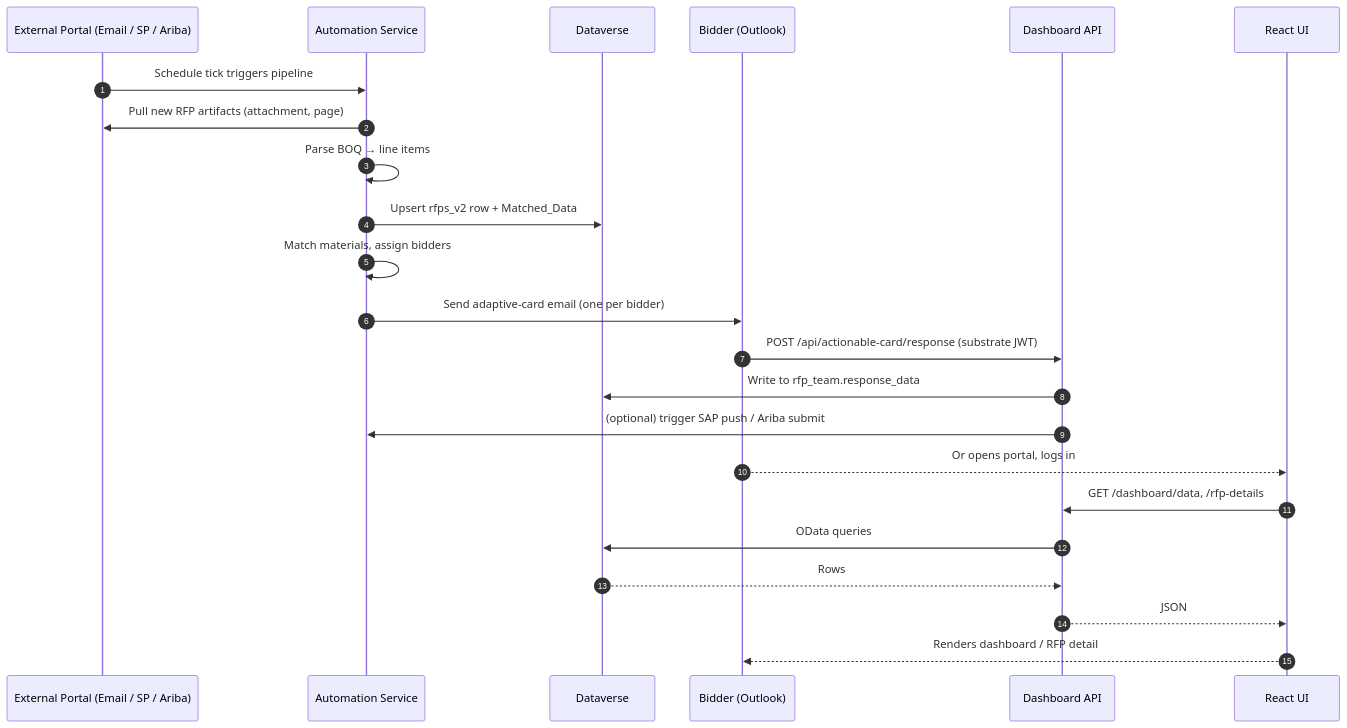
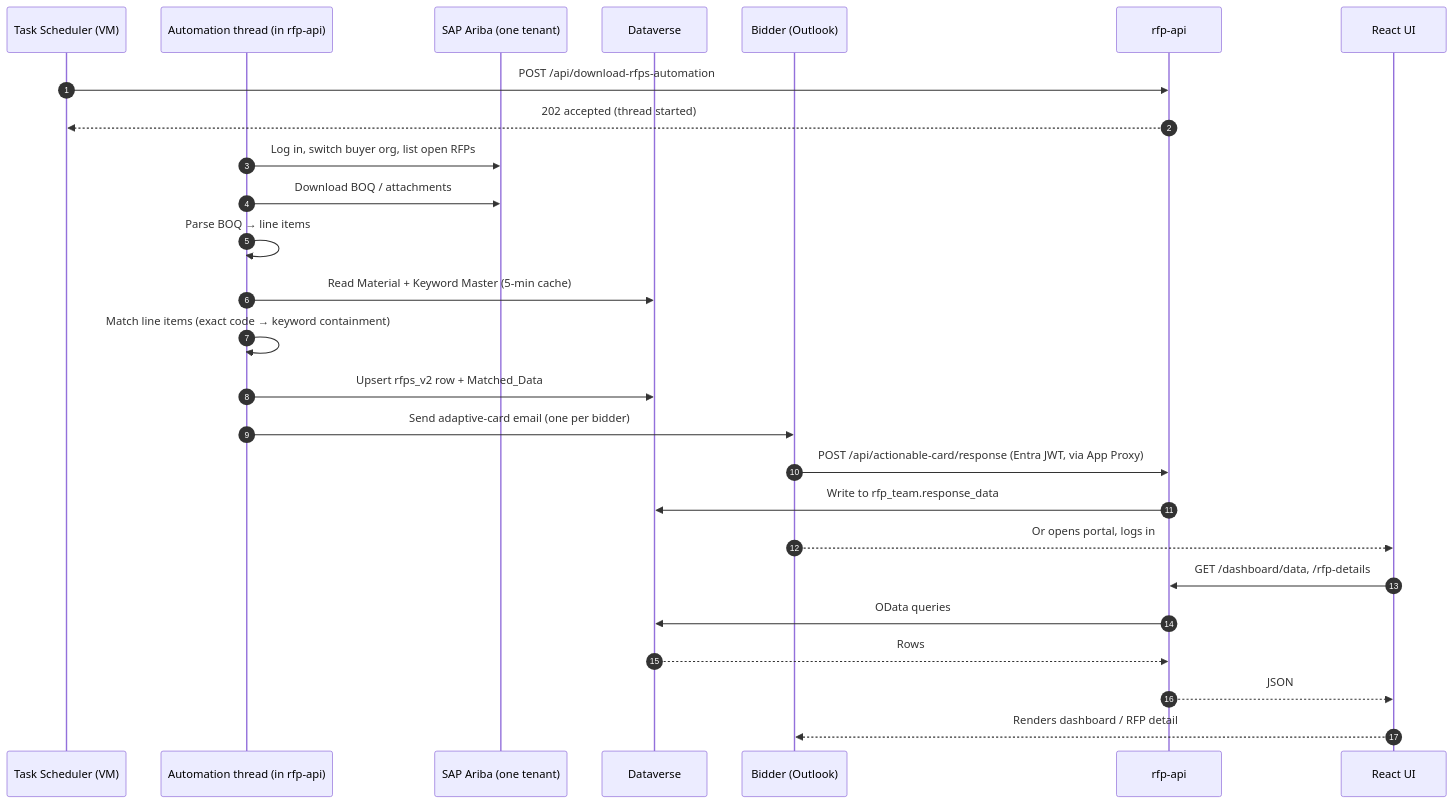
The first of 8 diagrams in docs/02-architecture/05-HLD-High-Level-Design.md (ManishDyna/RFP-Automation), drawn with Mermaid before and after one commit. The commit also changed other lines of this file and 24 other files, not shown here.

````diff
--- a/docs/02-architecture/05-HLD-High-Level-Design.md
+++ b/docs/02-architecture/05-HLD-High-Level-Design.md
@@ -58,26 +60,29 @@
 ```mermaid
 sequenceDiagram
     autonumber
-    participant P as External Portal (Email / SP / Ariba)
-    participant A as Automation Service
+    participant S as Task Scheduler (VM)
+    participant A as Automation thread (in rfp-api)
+    participant P as SAP Ariba (one tenant)
     participant D as Dataverse
     participant B as Bidder (Outlook)
-    participant API as Dashboard API
+    participant API as rfp-api
     participant UI as React UI
 
-    P->>A: Schedule tick triggers pipeline
-    A->>P: Pull new RFP artifacts (attachment, page)
+    S->>API: POST /api/download-rfps-automation
+    API-->>S: 202 accepted (thread started)
+    A->>P: Log in, switch buyer org, list open RFPs
+    A->>P: Download BOQ / attachments
     A->>A: Parse BOQ → line items
+    A->>D: Read Material + Keyword Master (5-min cache)
+    A->>A: Match line items (exact code → keyword containment)
     A->>D: Upsert rfps_v2 row + Matched_Data
-    A->>A: Match materials, assign bidders
     A->>B: Send adaptive-card email (one per bidder)
-    B->>API: POST /api/actionable-card/response (substrate JWT)
+    B->>API: POST /api/actionable-card/response (Entra JWT, via App Proxy)
     API->>D: Write to rfp_team.response_data
-    API->>A: (optional) trigger SAP push / Ariba submit
     B-->>UI: Or opens portal, logs in
     UI->>API: GET /dashboard/data, /rfp-details
     API->>D: OData queries
     D-->>API: Rows
     API-->>UI: JSON
     UI-->>B: Renders dashboard / RFP detail
 ```
````
